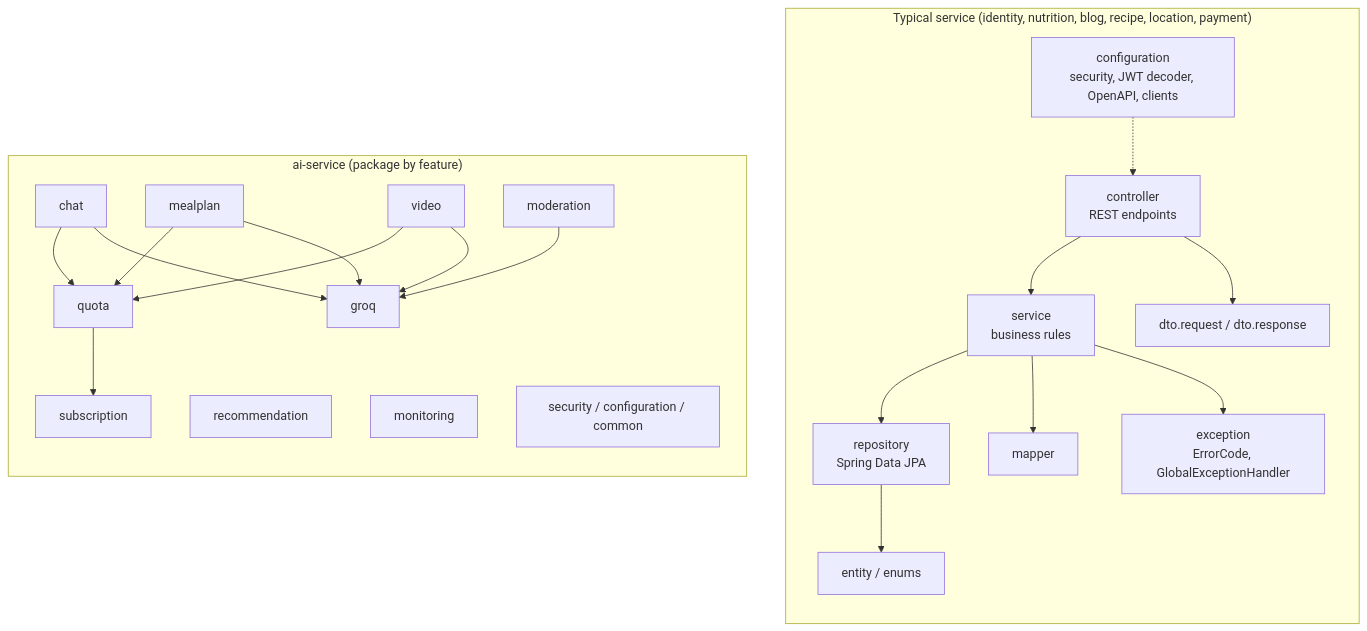
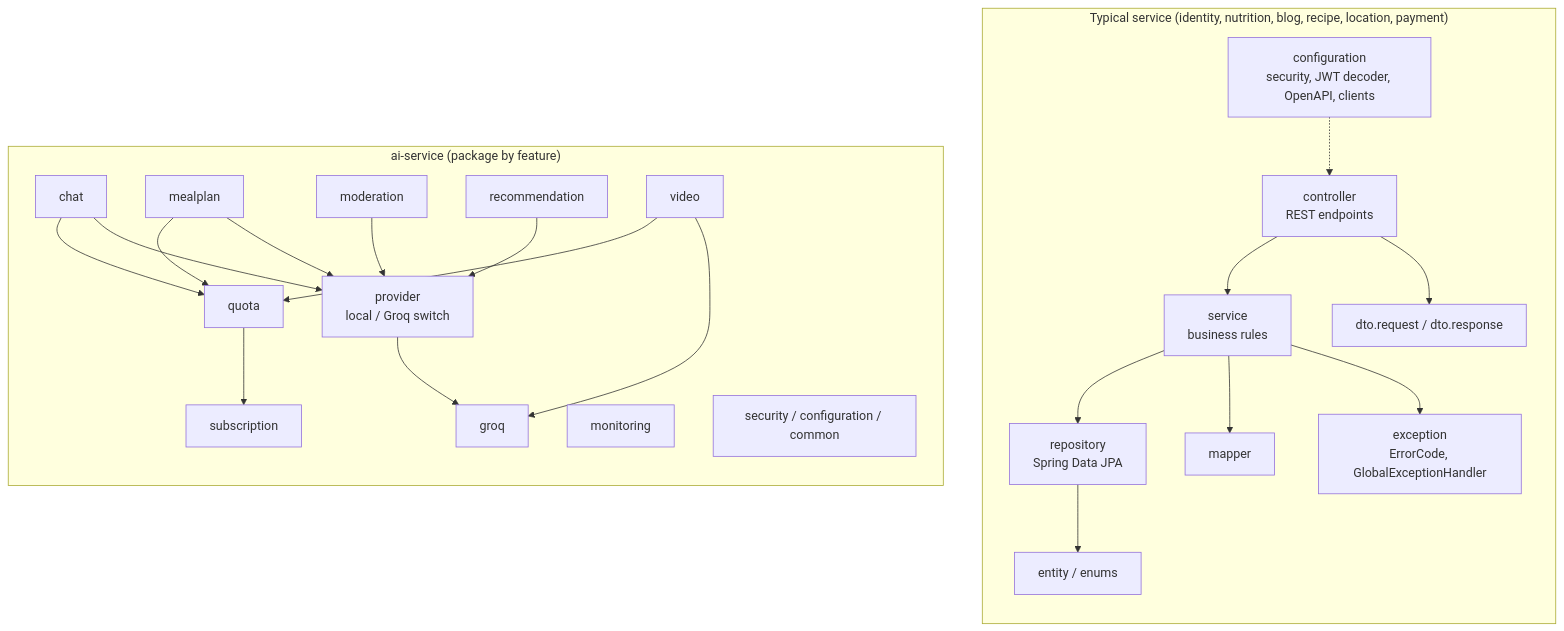
Before and after one commit to Phu0312/VeggiePal-Microservice: diagram 13 of 33 in docs/REPORT7_FINAL_PROJECT_REPORT.md, drawn with Mermaid. The commit also changed other lines of this file and 7 other files, not shown here.

````diff
--- a/docs/REPORT7_FINAL_PROJECT_REPORT.md
+++ b/docs/REPORT7_FINAL_PROJECT_REPORT.md
@@ -1374,43 +1388,46 @@
 ```mermaid
 flowchart TB
     subgraph L["Typical service (identity, nutrition, blog, recipe, location, payment)"]
         direction TB
         CFG["configuration<br/>security, JWT decoder, OpenAPI, clients"]
         CTL["controller<br/>REST endpoints"]
         DTO["dto.request / dto.response"]
         SVC["service<br/>business rules"]
         MAP["mapper"]
         REP["repository<br/>Spring Data JPA"]
         ENT["entity / enums"]
         EXC["exception<br/>ErrorCode, GlobalExceptionHandler"]
         CTL --> SVC
         CTL --> DTO
         SVC --> REP
         SVC --> MAP
         REP --> ENT
         SVC --> EXC
         CFG -.-> CTL
     end
 
     subgraph A["ai-service (package by feature)"]
         direction TB
         AC["chat"]
         AM["mealplan"]
         AV["video"]
         AMO["moderation"]
         AQ["quota"]
         AR["recommendation"]
         AMN["monitoring"]
         AS["subscription"]
         AG["groq"]
+        APR["provider<br/>local / Groq switch"]
         ASE["security / configuration / common"]
-        AC --> AG
-        AM --> AG
+        AC --> APR
+        AM --> APR
+        AMO --> APR
+        AR --> APR
+        APR --> AG
         AV --> AG
-        AMO --> AG
         AM --> AQ
         AV --> AQ
         AC --> AQ
         AQ --> AS
     end
 ```
````
